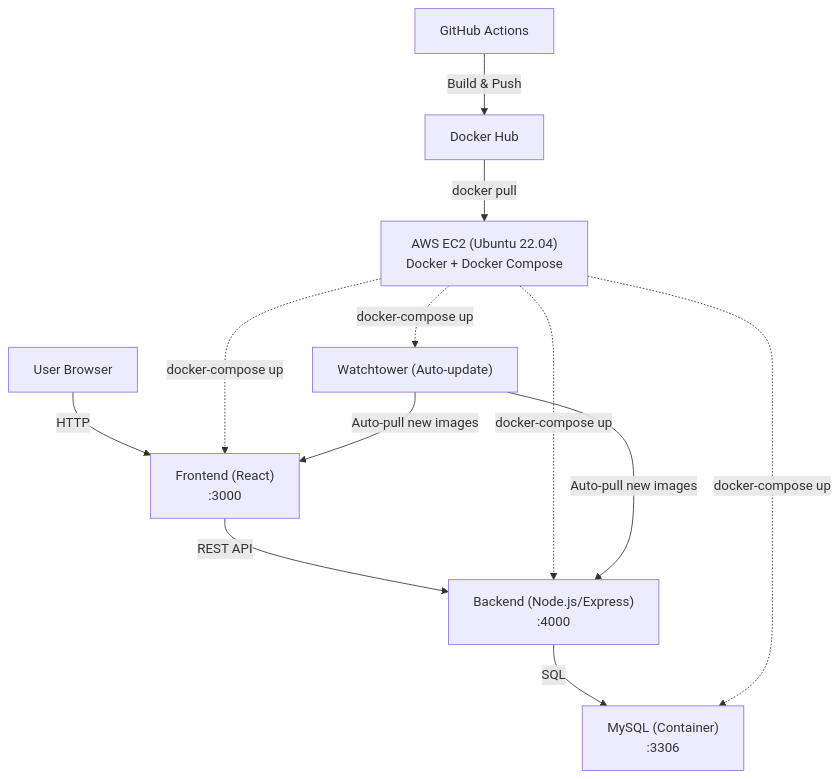
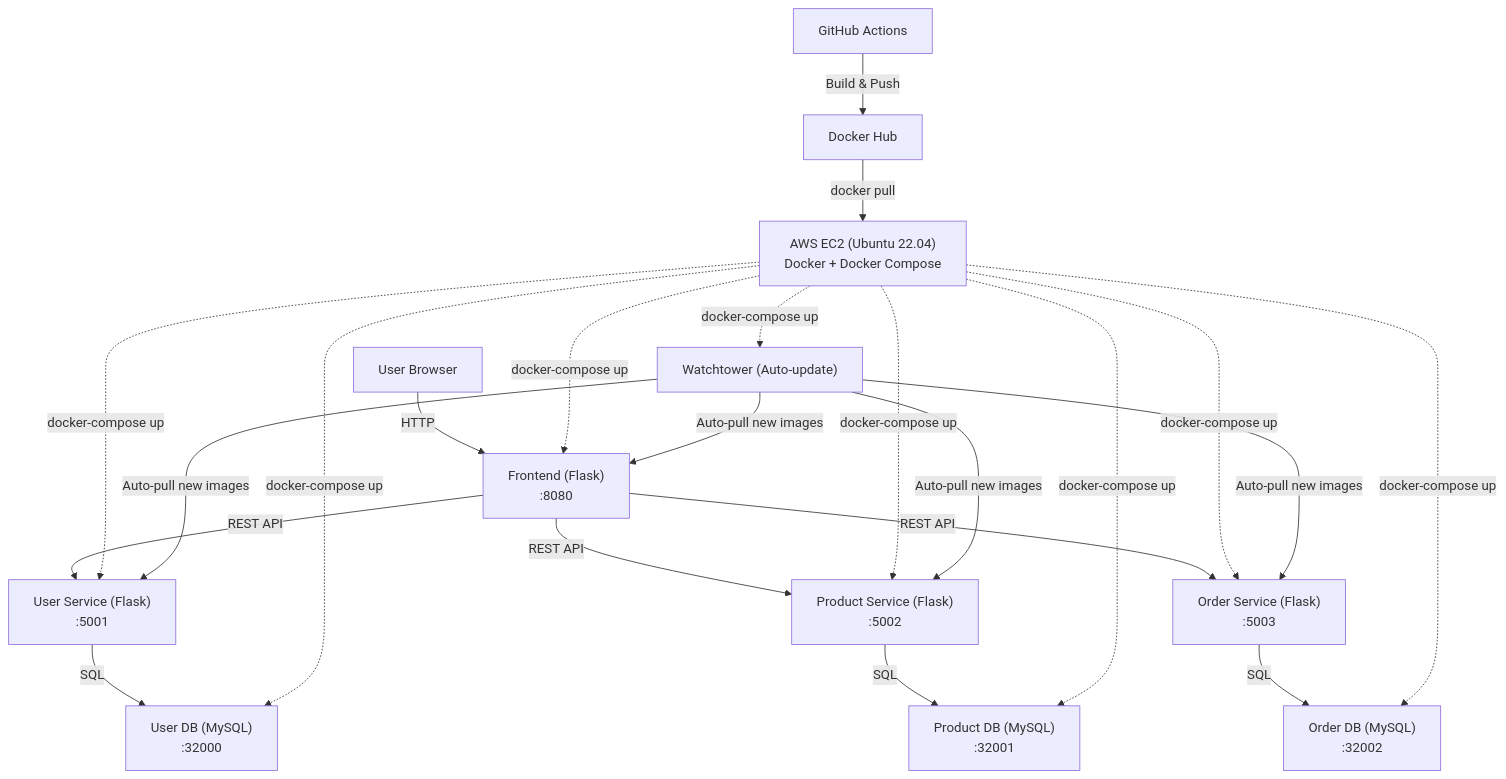
The diagram in README.md (0xsaju/gitops-learning), drawn with Mermaid before and after one commit. The commit also changed other lines of this file and 128 other files, not shown here.

````diff
--- a/README.md
+++ b/README.md
@@ -5,24 +21,38 @@
 ```mermaid
 flowchart TD
-  User["User Browser"]
-  FE["Frontend (React)\n:3000"]
-  BE["Backend (Node.js/Express)\n:4000"]
-  SQL["MySQL (Container)\n:3306"]
-  WT["Watchtower (Auto-update)"]
-  GH["GitHub Actions"]
-  DH["Docker Hub"]
-  VM["AWS EC2 (Ubuntu 22.04)\nDocker + Docker Compose"]
+    User["User Browser"]
+    FE["Frontend (Flask)\n:8080"]
+    US["User Service (Flask)\n:5001"]
+    PS["Product Service (Flask)\n:5002"]
+    OS["Order Service (Flask)\n:5003"]
+    UDB["User DB (MySQL)\n:32000"]
+    PDB["Product DB (MySQL)\n:32001"]
+    ODB["Order DB (MySQL)\n:32002"]
+    WT["Watchtower (Auto-update)"]
+    GH["GitHub Actions"]
+    DH["Docker Hub"]
+    VM["AWS EC2 (Ubuntu 22.04)\nDocker + Docker Compose"]
 
-  User -- "HTTP" --> FE
-  FE -- "REST API" --> BE
-  BE -- "SQL" --> SQL
+    User -- "HTTP" --> FE
+    FE -- "REST API" --> US
+    FE -- "REST API" --> PS
+    FE -- "REST API" --> OS
+    US -- "SQL" --> UDB
+    PS -- "SQL" --> PDB
+    OS -- "SQL" --> ODB
 
-  GH -- "Build & Push" --> DH
-  DH -- "docker pull" --> VM
-  VM -. "docker-compose up" .-> FE
-  VM -. "docker-compose up" .-> BE
-  VM -. "docker-compose up" .-> SQL
-  VM -. "docker-compose up" .-> WT
-  WT -- "Auto-pull new images" --> FE
-  WT -- "Auto-pull new images" --> BE
+    GH -- "Build & Push" --> DH
+    DH -- "docker pull" --> VM
+    VM -. "docker-compose up" .-> FE
+    VM -. "docker-compose up" .-> US
+    VM -. "docker-compose up" .-> PS
+    VM -. "docker-compose up" .-> OS
+    VM -. "docker-compose up" .-> UDB
+    VM -. "docker-compose up" .-> PDB
+    VM -. "docker-compose up" .-> ODB
+    VM -. "docker-compose up" .-> WT
+    WT -- "Auto-pull new images" --> FE
+    WT -- "Auto-pull new images" --> US
+    WT -- "Auto-pull new images" --> PS
+    WT -- "Auto-pull new images" --> OS
 ```
````
